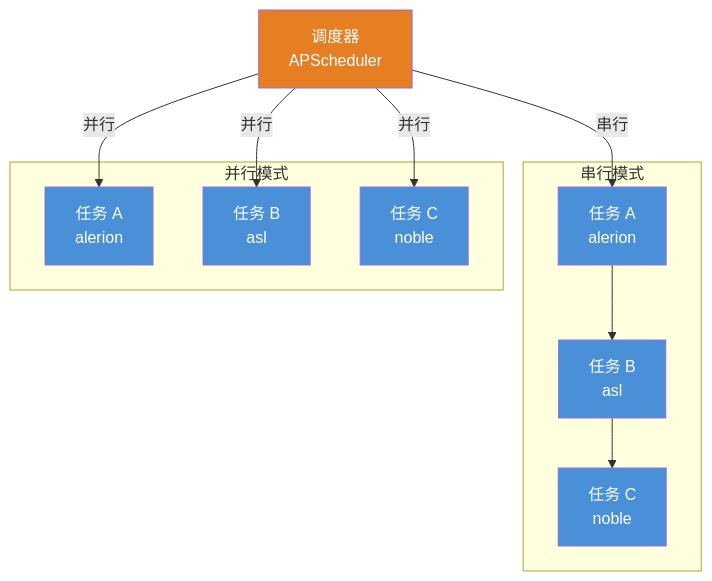
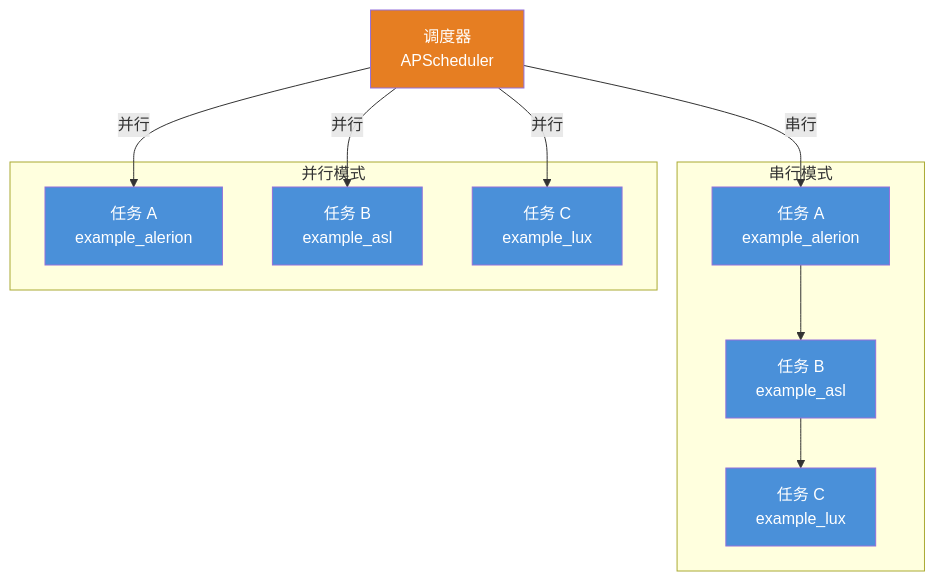
One commit to hollson/spider_awesome changed the third of 5 diagrams in docs/数据采集最佳设计方案.md. Above: the diagram before and after it, drawn with Mermaid. The commit also changed other lines of this file and 9 other files, not shown here.

````diff
--- a/docs/数据采集最佳设计方案.md
+++ b/docs/数据采集最佳设计方案.md
@@ -179,24 +180,24 @@
 ```mermaid
 graph TD
     subgraph 串行模式
-        S1["任务 A<br/>alerion"] --> S2["任务 B<br/>asl"]
-        S2 --> S3["任务 C<br/>noble"]
+        S1["任务 A<br/>example_alerion"] --> S2["任务 B<br/>example_asl"]
+        S2 --> S3["任务 C<br/>example_lux"]
     end
 
     subgraph 并行模式
-        P1["任务 A<br/>alerion"]
-        P2["任务 B<br/>asl"]
-        P3["任务 C<br/>noble"]
+        P1["任务 A<br/>example_alerion"]
+        P2["任务 B<br/>example_asl"]
+        P3["任务 C<br/>example_lux"]
     end
 
     Scheduler["调度器<br/>APScheduler"] -->|串行| S1
     Scheduler -->|并行| P1 & P2 & P3
 
     style Scheduler fill:#E67E22,color:#fff
     style S1 fill:#4A90D9,color:#fff
     style S2 fill:#4A90D9,color:#fff
     style S3 fill:#4A90D9,color:#fff
     style P1 fill:#4A90D9,color:#fff
     style P2 fill:#4A90D9,color:#fff
     style P3 fill:#4A90D9,color:#fff
 ```
````
